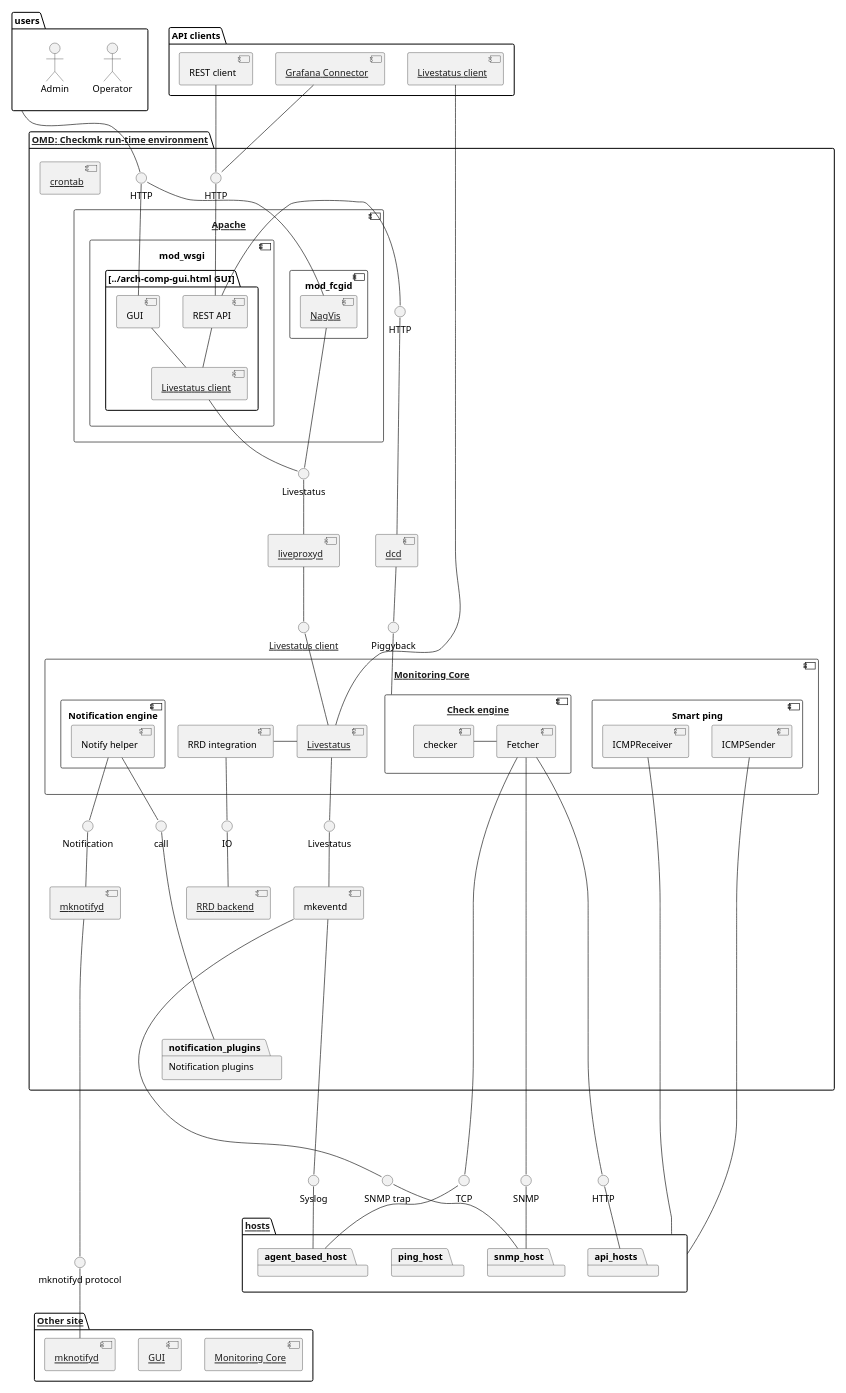
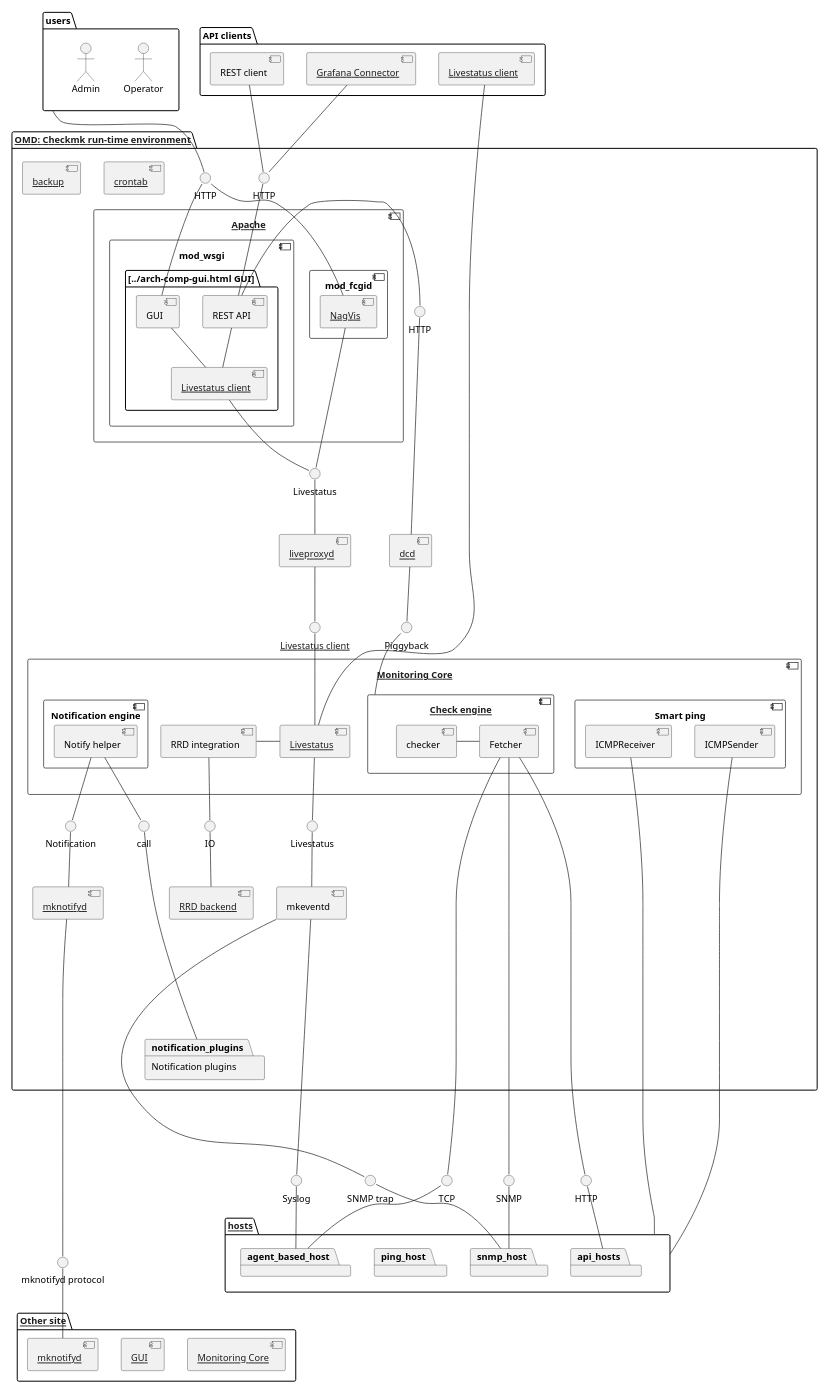
Before and after one commit to Checkmk/checkmk: the diagram in doc/documentation/topology.puml, drawn with PlantUML. The commit also changed 4 other files, not shown here.

Commit message:
Start backup architecture documentation

```diff
--- a/doc/documentation/topology.puml
+++ b/doc/documentation/topology.puml
@@ -1,147 +1,148 @@
 @startuml
 skinparam componentStyle uml2
 skinparam monochrome true
 ' Remove shadows
 skinparam shadowing false
 scale 0.6
 
 package users {
     actor "Operator" as operator
     actor "Admin" as admin
 }
 
 package "API clients" as api_clients {
     component "[[../arch-comp-grafana-connector.html Grafana Connector]]" as grafana_connector
     component "REST client" as rest_api_client
     component "[[../arch-comp-livestatus-client.html Livestatus client]]" as external_livestatus_client
 }
 
 package "[[../arch-comp-omd.html OMD: Checkmk run-time environment]]" as omd {
     interface HTTP as http_gui
     interface HTTP as http_rest_api
     component "[[../arch-comp-apache.html Apache]]" as apache {
         component "mod_wsgi" as mod_wsgi {
             package "[[../arch-comp-gui.html GUI]]" {
                 component GUI
                 component "REST API" as rest_api
                 component "[[../arch-comp-livestatus-client.html Livestatus client]]" as apache_livestatus_client
             }
         }
         component mod_fcgid {
             component "[[../arch-comp-nagvis.html NagVis]]" as nagvis
         }
     }
     interface Livestatus as apache_livestatus
 
     component "[[../arch-comp-core.html Monitoring Core]]" as cmc {
         component "RRD integration" as rrd_integration
         component "[[../arch-comp-livestatus.html Livestatus]]" as cmc_livestatus_server
         component "[[../arch-comp-checkengine.html Check engine]]" as check_engine {
             component checker
             component Fetcher
         }
         component "Smart ping" as smart_ping {
             component ICMPReceiver
             component ICMPSender
         }
         component "Notification engine" as cmc_notify {
             component "Notify helper" as notify_helper
         }
     }
     interface "call" as call_notification_plugins
 
     component "[[../arch-comp-crontab.html crontab]]" as crontab
+    component "[[../arch-comp-backup.html backup]]" as backup
 
     component "[[../arch-comp-liveproxyd.html liveproxyd]]" as liveproxyd
     interface "[[../arch-comp-livestatus-client.html Livestatus client]]" as liveproxyd_livestatus_client
 
     component "[[../arch-comp-dcd.html dcd]]" as dcd
     interface "HTTP" as dcd_web_api_client
     interface Piggyback as dcd_piggyback
 
     component mkeventd
     interface Livestatus as mkeventd_livestatus
 
     component "[[../arch-comp-mknotifyd.html mknotifyd]]" as mknotifyd
     interface Notification as mknotifyd_notification
 
     component "[[../arch-comp-rrd-backend.html RRD backend]]" as rrd_backend
     interface "IO" as rrd_io
 
     package "Notification plugins" as notification_plugins
 }
 
 package "[[../arch-comp-distributed.html Other site]]" as other_site {
     component "[[../arch-comp-core.html Monitoring Core]]" as cmc_other_site
     component "[[../arch-comp-gui.html GUI]]" as gui_other_site
     component "[[../arch-comp-mknotifyd.html mknotifyd]]" as mknotifyd_other_site
 }
 interface "mknotifyd protocol" as mknotifyd_protocol
 
 package "[[../arch-comp-hosts.html hosts]]" as hosts {
     package agent_based_host
     package snmp_host
     package ping_host
     package api_hosts
 }
 interface TCP
 interface Syslog
 interface SNMP
 interface "SNMP trap" as trap
 interface HTTP as api_hosts_http
 
 users -- http_gui
 rest_api_client -- http_rest_api
 grafana_connector -- http_rest_api
 
 http_gui -- GUI
 http_gui -- nagvis
 http_rest_api -- rest_api
 
 GUI -- apache_livestatus_client
 rest_api -- apache_livestatus_client
 apache_livestatus_client -- apache_livestatus
 nagvis -- apache_livestatus
 apache_livestatus -- liveproxyd
 
 liveproxyd -- liveproxyd_livestatus_client
 liveproxyd_livestatus_client -- cmc_livestatus_server
 
 dcd_web_api_client -- dcd
 dcd -- dcd_piggyback
 dcd_web_api_client - rest_api
 dcd_piggyback -- check_engine
 
 ' Help visualization
 notify_helper -[hidden]r-> rrd_integration
 rrd_integration - cmc_livestatus_server
 checker - Fetcher
 
 external_livestatus_client -- cmc_livestatus_server
 Fetcher ------ TCP
 Fetcher ------ SNMP
 Fetcher ------ api_hosts_http
 TCP -- agent_based_host
 SNMP -- snmp_host
 api_hosts_http -- api_hosts
 ICMPSender ----- hosts
 ICMPReceiver ----- hosts
 
 rrd_integration -- rrd_io
 rrd_io -- rrd_backend
 
 notify_helper -- call_notification_plugins
 call_notification_plugins ----- notification_plugins
 notify_helper -- mknotifyd_notification
 mknotifyd_notification -- mknotifyd
 mknotifyd ------- mknotifyd_protocol
 mknotifyd_protocol -- mknotifyd_other_site
 
 cmc_livestatus_server -- mkeventd_livestatus
 mkeventd_livestatus -- mkeventd
 mkeventd --- Syslog
 Syslog -- agent_based_host
 mkeventd ------ trap
 trap -- snmp_host
 
 @enduml
```
